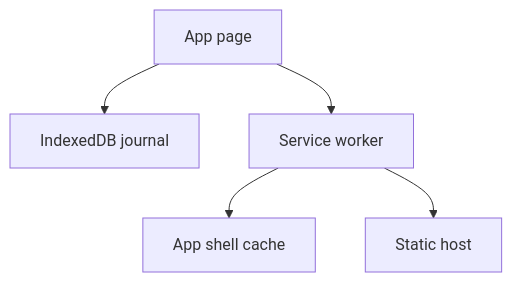
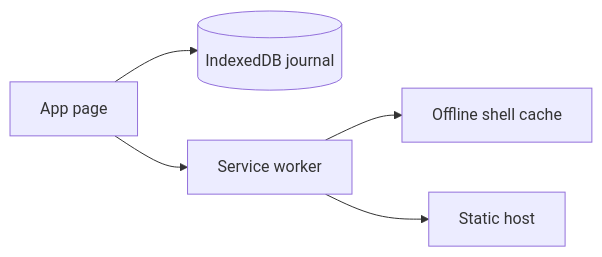
The diagram in docs/dev_plans/20261112-feature-pawbreath.md (vr000m/pawbreath), drawn with Mermaid before and after one commit. The commit also changed other lines of this file and 2 other files, not shown here.

````diff
--- a/docs/dev_plans/20261112-feature-pawbreath.md
+++ b/docs/dev_plans/20261112-feature-pawbreath.md
@@ -52,7 +24,7 @@
 ```mermaid
-flowchart TD
-  P[App page] --> D[IndexedDB journal]
-  P --> W[Service worker]
-  W --> C[App shell cache]
-  W --> N[Static host]
+flowchart LR
+  UI[App page] --> DB[(IndexedDB journal)]
+  UI --> SW[Service worker]
+  SW --> C[Offline shell cache]
+  SW --> H[Static host]
 ```
````
